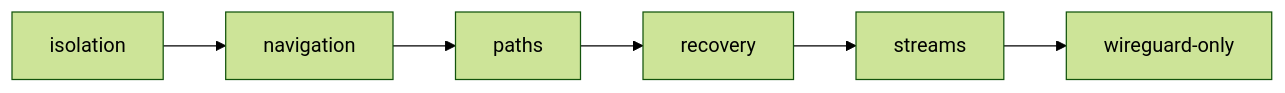
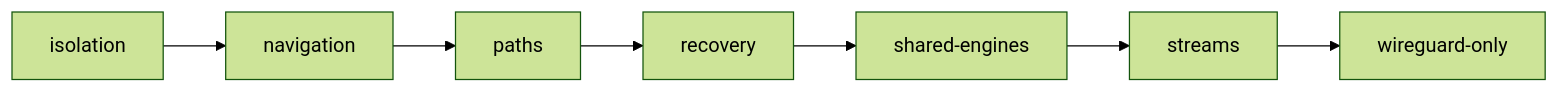
One commit to sergimn/AceSwarm changed the sixth of 11 diagrams in e2e/README.md. Above: the diagram before and after it, drawn with Mermaid (forest theme). The commit also changed other lines of this file and 9 other files, not shown here.

First line of the commit message:
Viewers dashboard, docs and a real-engine E2E spec for shared engines

````diff
--- a/e2e/README.md
+++ b/e2e/README.md
@@ -170,4 +172,4 @@
 ```mermaid
 flowchart LR
-  I[isolation] --> N[navigation] --> P[paths] --> R[recovery] --> S[streams] --> W[wireguard-only]
+  I[isolation] --> N[navigation] --> P[paths] --> R[recovery] --> SE[shared-engines] --> S[streams] --> W[wireguard-only]
 ```
````
